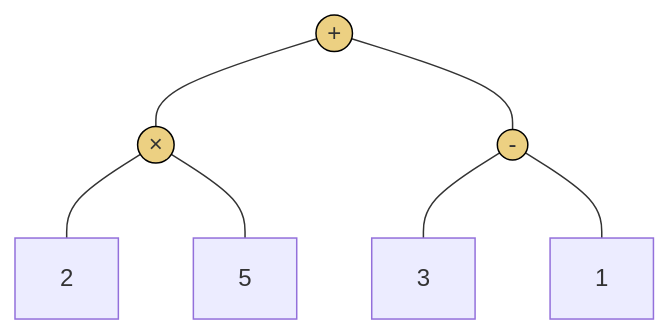
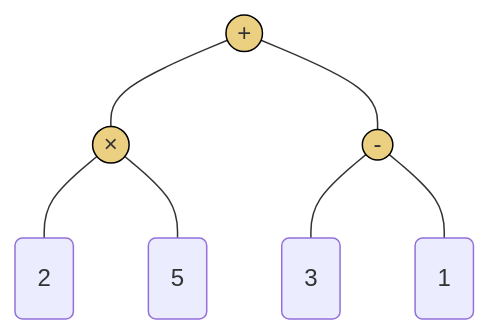
One commit to ruslylove/datastruct changed the second of 9 diagrams in lectures/lect-9-Trees.md. Above: the diagram before and after it, drawn with Mermaid. The commit also changed other lines of this file, not shown here.

````diff
--- a/lectures/lect-9-Trees.md
+++ b/lectures/lect-9-Trees.md
@@ -278,18 +278,18 @@
 ```mermaid
 graph TD
     A((#43;))
     B((#215;))
     C((#45;))
 
     A --- B
     A --- C
-    B --- D["2"]
-    B --- E["5"]
-    C --- F["3"]
-    C --- G["1"]
+    B --- D("2")
+    B --- E("5")
+    C --- F("3")
+    C --- G("1")
 
     style A fill:#ecd082,stroke:black;
     style B fill:#ecd082,stroke:black;
     style C fill:#ecd082,stroke:black;
 
 ```
````
